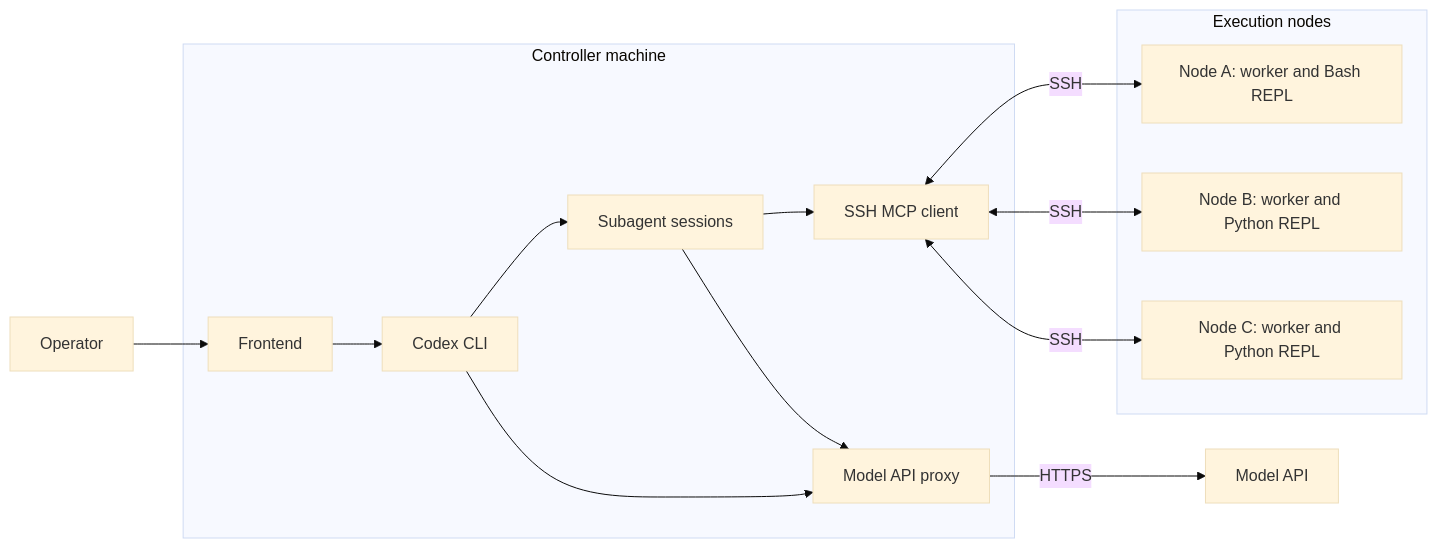
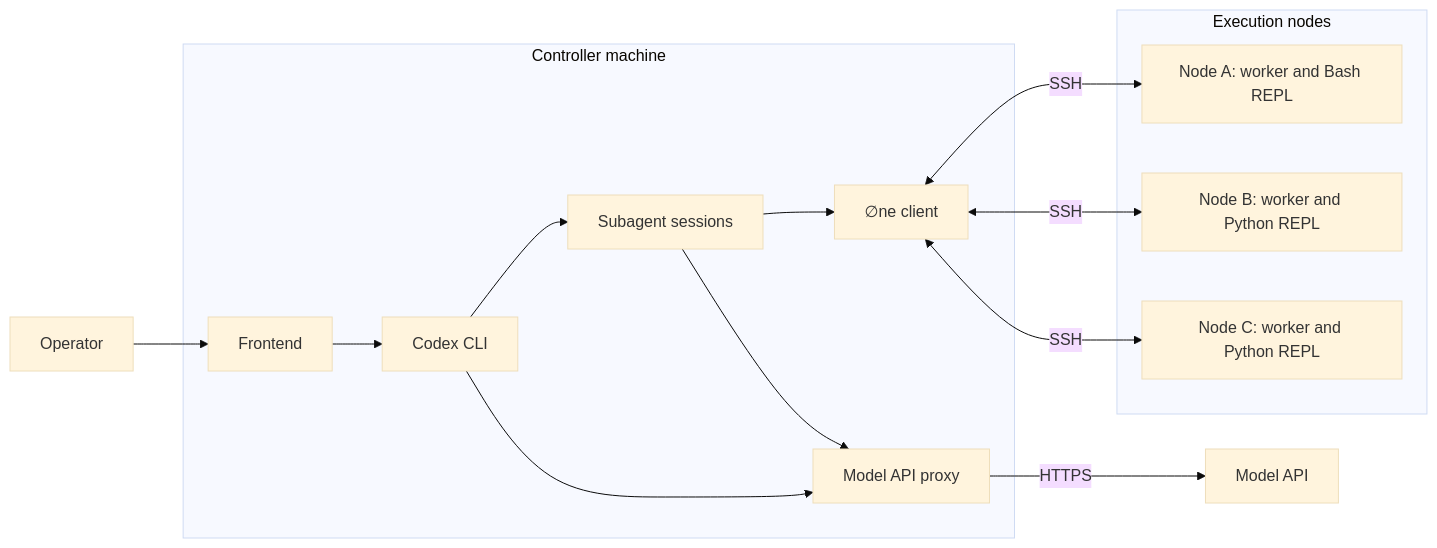
The second of 2 diagrams in REPORT.md (jay-waves/no-harness), drawn with Mermaid (base theme) before and after one commit. The commit also changed other lines of this file and 28 other files, not shown here.

````diff
--- a/REPORT.md
+++ b/REPORT.md
@@ -174,20 +176,20 @@
 ```mermaid
 flowchart LR
     User["Operator"] --> UI
     subgraph Controller["Controller machine"]
         UI["Frontend"] --> Codex["Codex CLI"]
         Codex --> Agents["Subagent sessions"]
         Codex --> Proxy["Model API proxy"]
         Agents --> Proxy
-        Agents --> Client["SSH MCP client"]
+        Agents --> Client["∅ne client"]
     end
     Proxy -->|HTTPS| Model["Model API"]
     subgraph Targets["Execution nodes"]
         A["Node A: worker and Bash REPL"]
         B["Node B: worker and Python REPL"]
         C["Node C: worker and Python REPL"]
     end
     Client <-->|SSH| A
     Client <-->|SSH| B
     Client <-->|SSH| C
 ```
````
